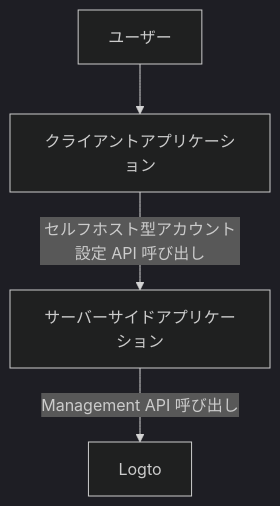
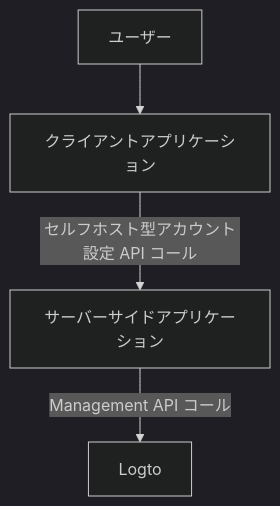
One commit to logto-io/docs changed the first of 3 diagrams in i18n/ja/docusaurus-plugin-content-docs/current/end-user-flows/account-settings/by-management-api.mdx. Above: the diagram before and after it, drawn with Mermaid (dark theme). The commit also changed other lines of this file and 152 other files, not shown here.

````diff
--- a/i18n/ja/docusaurus-plugin-content-docs/current/end-user-flows/account-settings/by-management-api.mdx
+++ b/i18n/ja/docusaurus-plugin-content-docs/current/end-user-flows/account-settings/by-management-api.mdx
@@ -13,6 +13,6 @@
 ```mermaid
   graph TB
     A[ユーザー] --> B[クライアントアプリケーション]
-    B -->|セルフホスト型アカウント設定 API 呼び出し|C[サーバーサイドアプリケーション]
-    C -->|Management API 呼び出し| D[Logto]
+    B -->|セルフホスト型アカウント設定 API コール|C[サーバーサイドアプリケーション]
+    C -->|Management API コール| D[Logto]
 ```
````
